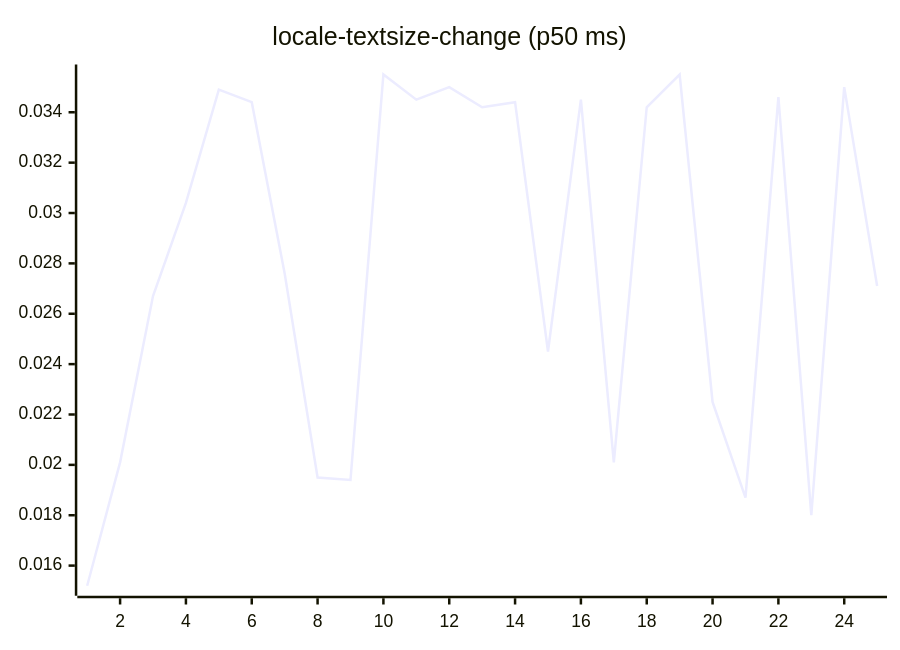
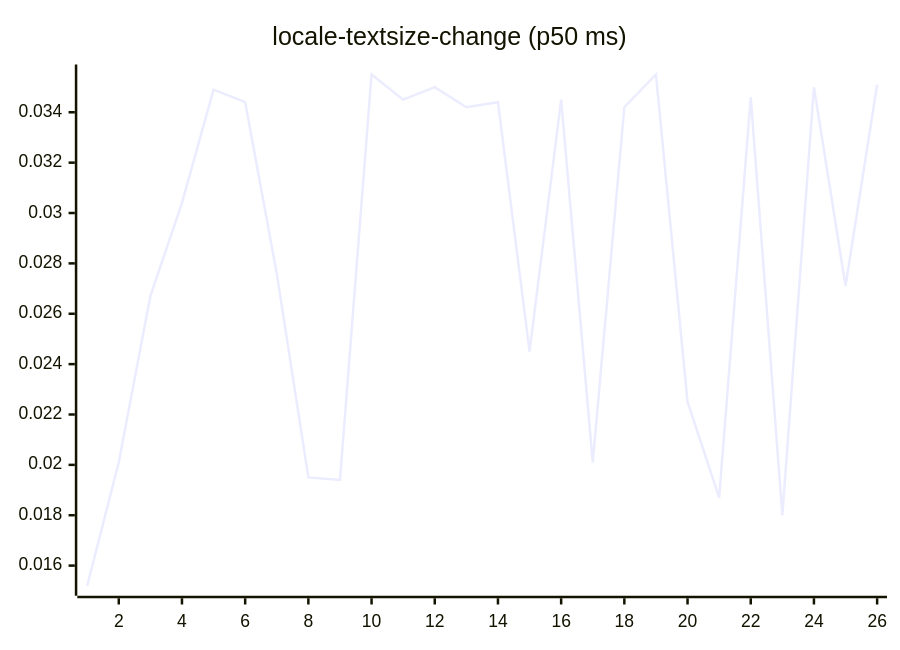
Before and after one commit to josha/Facet: diagram 13 of 27 in README.md, drawn with Mermaid. The commit also changed other lines of this file and 2 other files, not shown here.

````diff
--- a/README.md
+++ b/README.md
@@ -147,6 +147,6 @@
 ```mermaid
 xychart-beta
     title "locale-textsize-change (p50 ms)"
-    x-axis 1 --> 25
-    line [0.0152, 0.0201, 0.0267, 0.0304, 0.0349, 0.0344, 0.0276, 0.0195, 0.0194, 0.0355, 0.0345, 0.0350, 0.0342, 0.0344, 0.0245, 0.0345, 0.0201, 0.0342, 0.0355, 0.0225, 0.0187, 0.0346, 0.0180, 0.0350, 0.0271]
+    x-axis 1 --> 26
+    line [0.0152, 0.0201, 0.0267, 0.0304, 0.0349, 0.0344, 0.0276, 0.0195, 0.0194, 0.0355, 0.0345, 0.0350, 0.0342, 0.0344, 0.0245, 0.0345, 0.0201, 0.0342, 0.0355, 0.0225, 0.0187, 0.0346, 0.0180, 0.0350, 0.0271, 0.0351]
 ```
````
